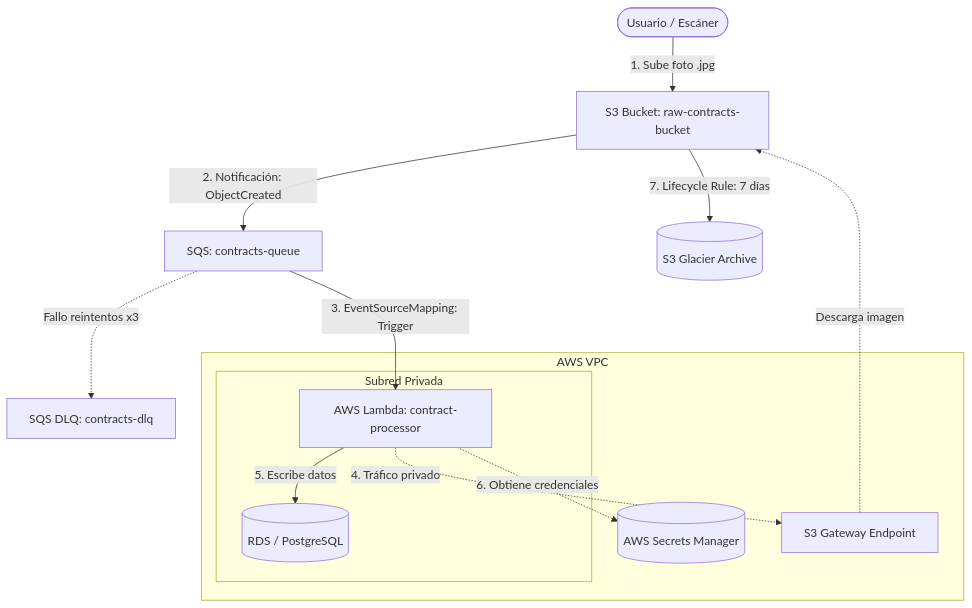
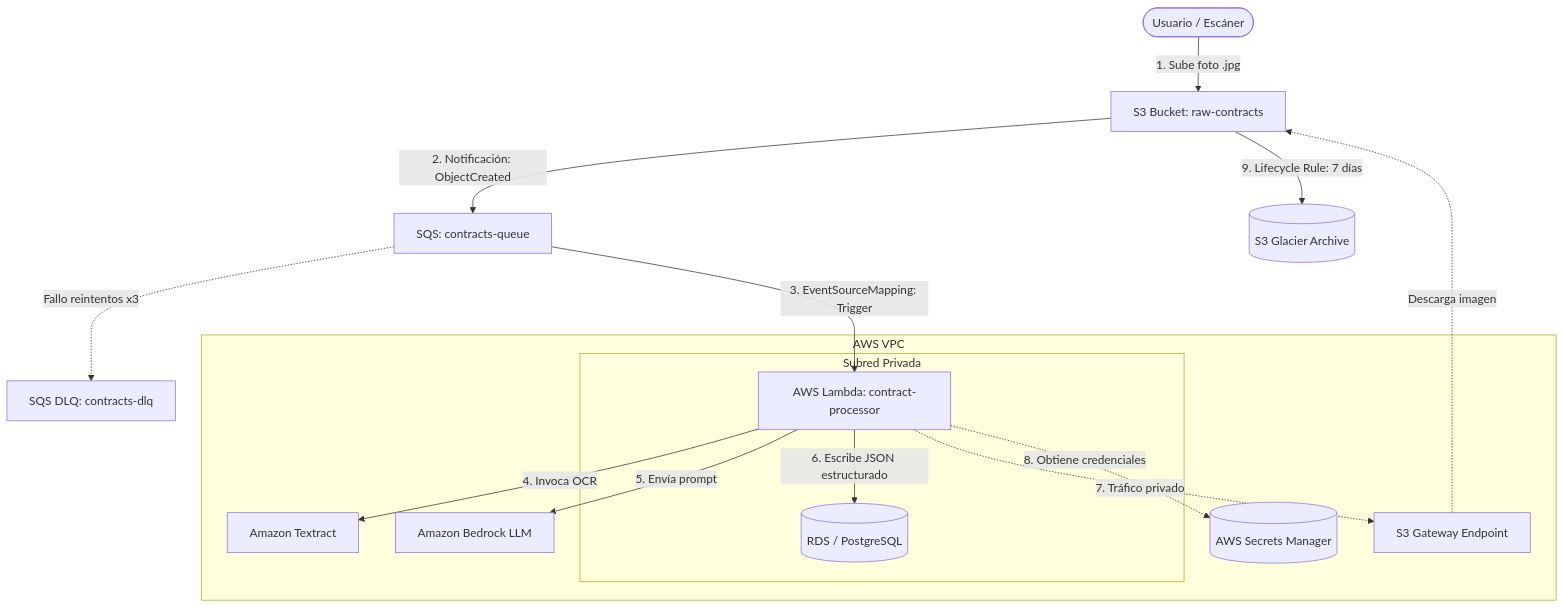
Before and after one commit to felincre/proyecto-final: the diagram in docs/architecture.md, drawn with Mermaid. The commit also changed other lines of this file and 2 other files, not shown here.

Commit message:
docs: integrar Amazon Textract (OCR) y Amazon Bedrock (LLM) a la arquitectura de produccion, plan de migracion y estimacion de costos

````diff
--- a/docs/architecture.md
+++ b/docs/architecture.md
@@ -5,20 +5,22 @@
 ```mermaid
 graph TD
-    User([Usuario / Escáner]) -->|1. Sube foto .jpg| S3Raw[S3 Bucket: raw-contracts-bucket]
+    User([Usuario / Escáner]) -->|1. Sube foto .jpg| S3Raw[S3 Bucket: raw-contracts]
     S3Raw -->|2. Notificación: ObjectCreated| SQS[SQS: contracts-queue]
     SQS -.->|Fallo reintentos x3| DLQ[SQS DLQ: contracts-dlq]
     SQS -->|3. EventSourceMapping: Trigger| Lambda[AWS Lambda: contract-processor]
     
     subgraph VPC [AWS VPC]
         subgraph SubnetPrivada [Subred Privada]
             Lambda
             RDS[(RDS / PostgreSQL)]
         end
-        Lambda -->|5. Escribe datos| RDS
-        Lambda -.->|4. Tráfico privado| S3Endpoint[S3 Gateway Endpoint]
-        Lambda -.->|6. Obtiene credenciales| SecretsMgr[(AWS Secrets Manager)]
+        Lambda -->|4. Invoca OCR| Textract[Amazon Textract]
+        Lambda -->|5. Envía prompt| Bedrock[Amazon Bedrock LLM]
+        Lambda -->|6. Escribe JSON estructurado| RDS
+        Lambda -.->|7. Tráfico privado| S3Endpoint[S3 Gateway Endpoint]
+        Lambda -.->|8. Obtiene credenciales| SecretsMgr[(AWS Secrets Manager)]
     end
     
     S3Endpoint -.->|Descarga imagen| S3Raw
-    S3Raw -->|7. Lifecycle Rule: 7 días| Glacier[(S3 Glacier Archive)]
+    S3Raw -->|9. Lifecycle Rule: 7 días| Glacier[(S3 Glacier Archive)]
 ```
````
